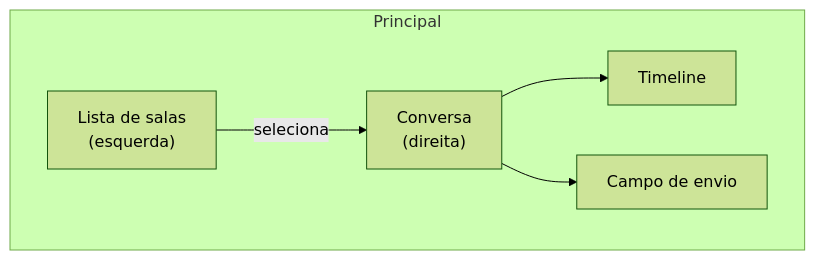
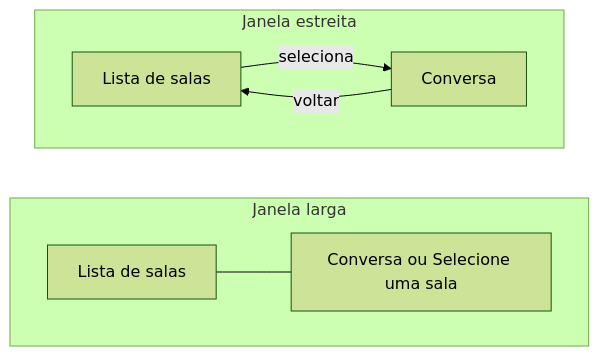
Before and after one commit to Eduardo-Lima-Dev/Desafio-Tecnico-Insight: the fourth of 9 diagrams in docs/PRD.md, drawn with Mermaid (forest theme). The commit also changed other lines of this file and 1 other file, not shown here.

````diff
--- a/docs/PRD.md
+++ b/docs/PRD.md
@@ -146,9 +169,12 @@
 ```mermaid
 flowchart LR
-    subgraph Principal
+    subgraph Larga["Janela larga"]
         direction LR
-        L["Lista de salas<br/>(esquerda)"] -->|seleciona| C["Conversa<br/>(direita)"]
-        C --> T[Timeline]
-        C --> I[Campo de envio]
+        L1[Lista de salas] --- C1[Conversa ou Selecione uma sala]
+    end
+    subgraph Estreita["Janela estreita"]
+        direction LR
+        L2[Lista de salas] -->|seleciona| C2[Conversa]
+        C2 -->|voltar| L2
     end
 ```
````
